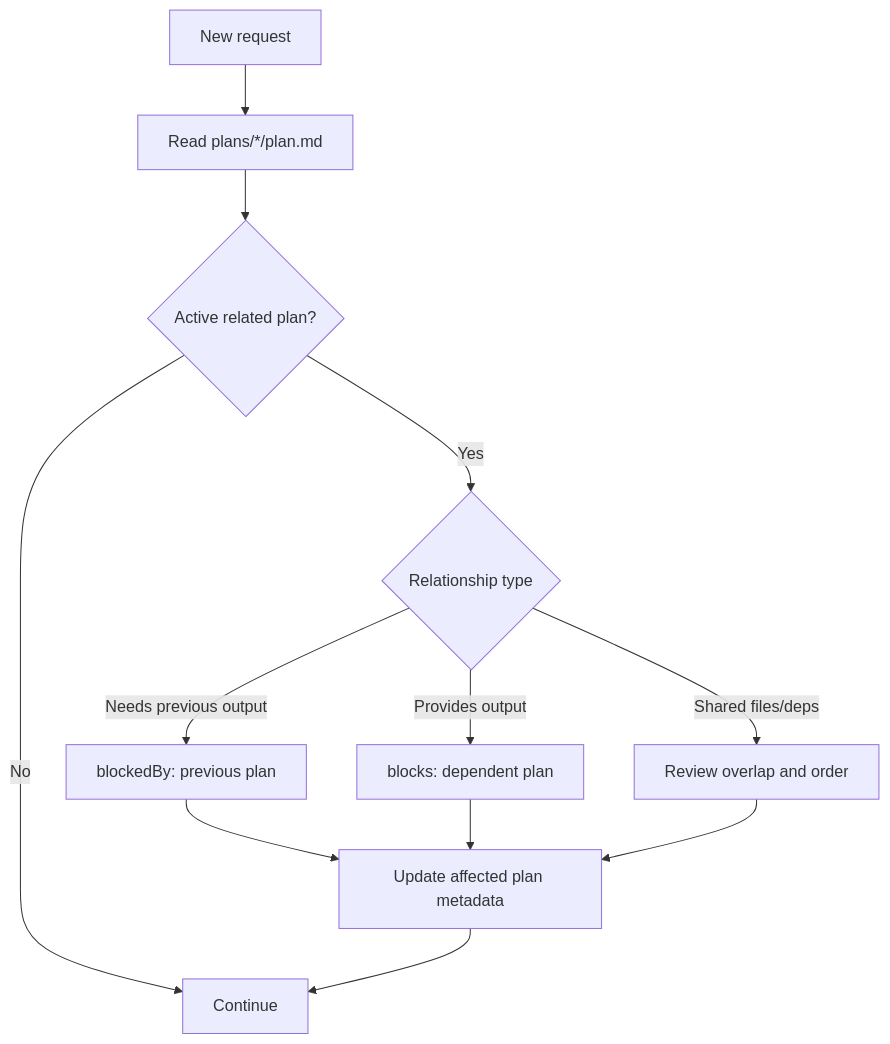
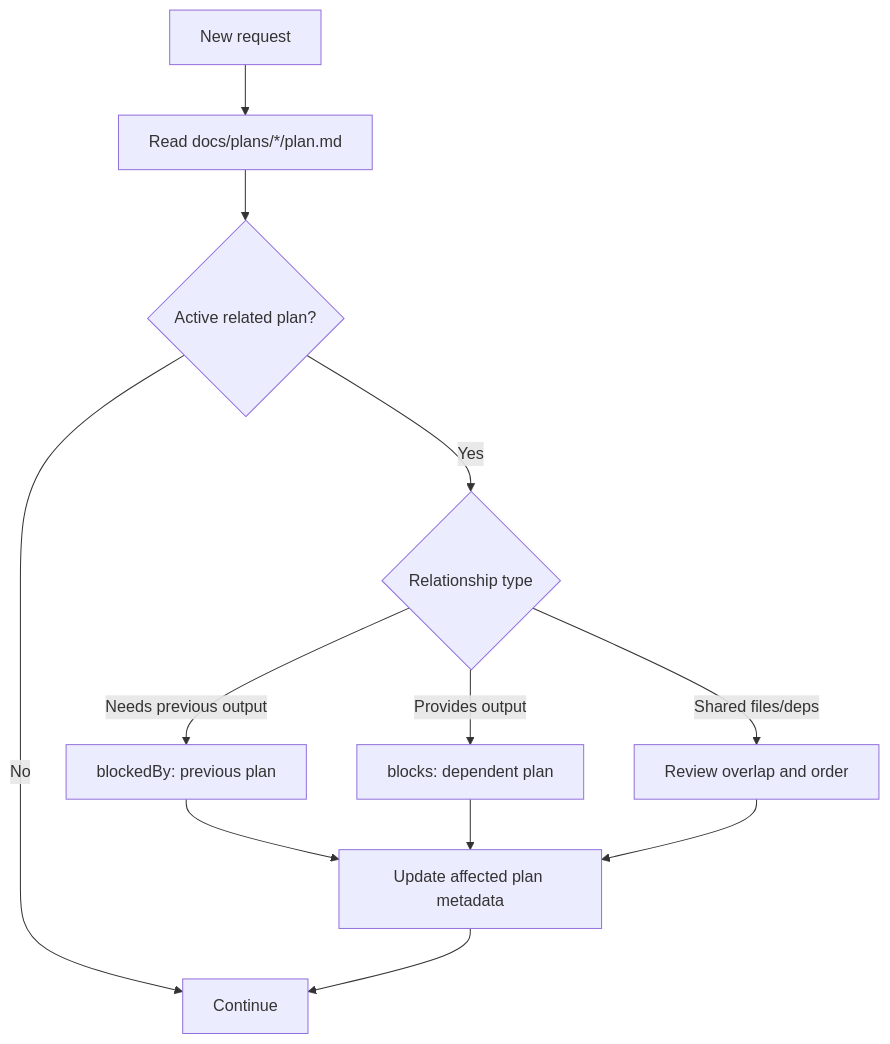
One commit to baka3k/dev-kit changed the fifth of 9 diagrams in wiki/en/hi-plan-skill.md. Above: the diagram before and after it, drawn with Mermaid. The commit also changed other lines of this file and 15 other files, not shown here.

````diff
--- a/wiki/en/hi-plan-skill.md
+++ b/wiki/en/hi-plan-skill.md
@@ -356,14 +356,14 @@
 ```mermaid
 flowchart TD
-    A[New request] --> B[Read plans/*/plan.md]
+    A[New request] --> B[Read docs/plans/*/plan.md]
     B --> C{Active related plan?}
     C -->|No| D[Continue]
     C -->|Yes| E{Relationship type}
     E -->|Needs previous output| F[blockedBy: previous plan]
     E -->|Provides output| G[blocks: dependent plan]
     E -->|Shared files/deps| H[Review overlap and order]
     F --> I[Update affected plan metadata]
     G --> I
     H --> I
     I --> D
 ```
````
